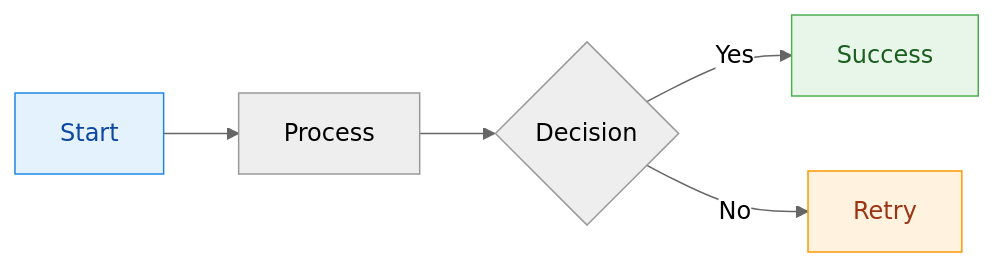
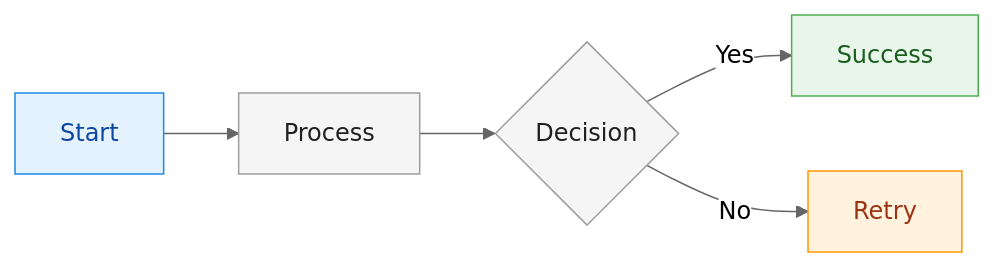
The second of 10 diagrams in docs/reference/diagram-style-guide.md (smileynet/ui-optimizer), drawn with Mermaid (neutral theme) before and after one commit. The commit also changed other lines of this file and 3 other files, not shown here.

First line of the commit message:
fix: apply classDef styling to all Mermaid nodes

````diff
--- a/docs/reference/diagram-style-guide.md
+++ b/docs/reference/diagram-style-guide.md
@@ -39,12 +41,13 @@
 ```mermaid
 flowchart LR
     classDef primary fill:#E3F2FD,stroke:#1E88E5,color:#0D47A1
+    classDef secondary fill:#F5F5F5,stroke:#9E9E9E,color:#212121
     classDef success fill:#E8F5E9,stroke:#4CAF50,color:#1B5E20
     classDef warning fill:#FFF3E0,stroke:#FF9800,color:#9A3412
     classDef error fill:#FFEBEE,stroke:#F44336,color:#B71C1C
     
-    A[Start]:::primary --> B[Process]
-    B --> C{Decision}
+    A[Start]:::primary --> B[Process]:::secondary
+    B --> C{Decision}:::secondary
     C -->|Yes| D[Success]:::success
     C -->|No| E[Retry]:::warning
 ```
````
